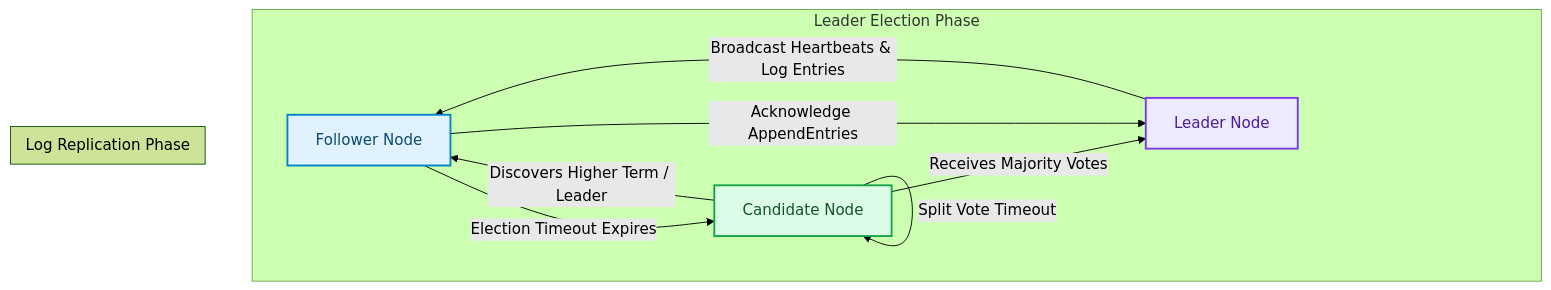
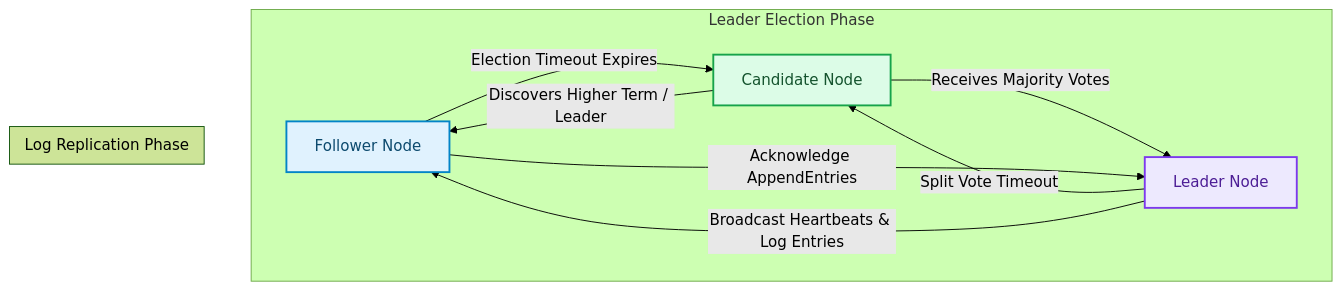
The diagram in blog/posts/raft-consensus-decentralized-agent-registries.md (akmalkhaniub/akmalkhaniub.github.io), drawn with Mermaid (forest theme) before and after one commit. The commit also changed other lines of this file and 894 other files, not shown here.

Commit message:
feat(blog): upgrade all 444 posts with unique staggered dates, 2-col Mermaid spines, benchmark tables, code blocks, and trade-offs

````diff
--- a/blog/posts/raft-consensus-decentralized-agent-registries.md
+++ b/blog/posts/raft-consensus-decentralized-agent-registries.md
@@ -17,24 +17,24 @@
 ```mermaid
 flowchart TD
   A["Follower Node"] -->|Election Timeout Expires| B["Candidate Node"]
   
   subgraph SG1_LeaderElectionPhase ["Leader Election Phase"]
     B -->|Receives Majority Votes| C["Leader Node"]
     B -->|Discovers Higher Term / Leader| A
-    B -->|Split Vote Timeout| B
+    C --> |Split Vote Timeout| B
   end
   
   subgraph SG2_LogReplicationPhase ["Log Replication Phase"]
     C -->|Broadcast Heartbeats & Log Entries| A
     A -->|Acknowledge AppendEntries| C
   end
 
 classDef green fill:#dcfce7,stroke:#16a34a,stroke-width:2px,color:#14532d;
 classDef red fill:#fee2e2,stroke:#dc2626,stroke-width:2px,color:#7f1d1d;
 classDef blue fill:#e0f2fe,stroke:#0284c7,stroke-width:2px,color:#0c4a6e;
 classDef yellow fill:#fef3c7,stroke:#d97706,stroke-width:2px,color:#78350f;
 classDef purple fill:#ede9fe,stroke:#7c3aed,stroke-width:2px,color:#4c1d95;
 class A blue
 class B green
 class C purple
 ```
````
